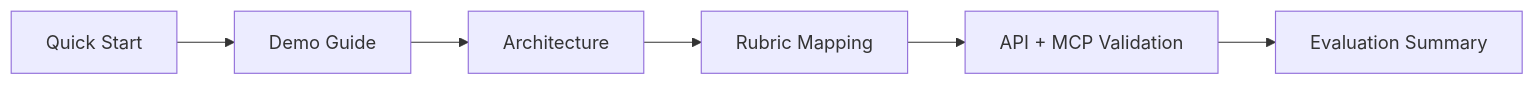
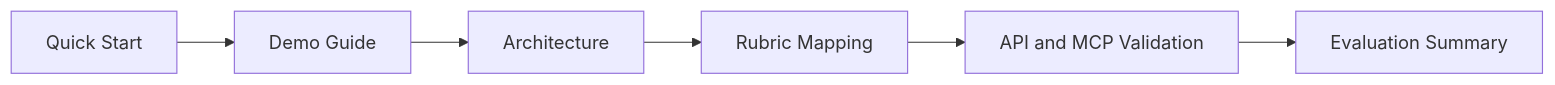
The diagram in docs/judge/README.md (Abhinav-B-19/WalletMind), drawn with Mermaid before and after one commit. The commit also changed other lines of this file and 7 other files, not shown here.

Commit message:
Kaggle notebook foundation, competition writeup, architecture diagrams, and judge documentation

````diff
--- a/docs/judge/README.md
+++ b/docs/judge/README.md
@@ -18,8 +15,8 @@
 ```mermaid
 flowchart LR
-	A[Quick Start] --> B[Demo Guide]
-	B --> C[Architecture]
-	C --> D[Rubric Mapping]
-	D --> E[API + MCP Validation]
-	E --> F[Evaluation Summary]
+    A[Quick Start] --> B[Demo Guide]
+    B --> C[Architecture]
+    C --> D[Rubric Mapping]
+    D --> E[API and MCP Validation]
+    E --> F[Evaluation Summary]
 ```
````
